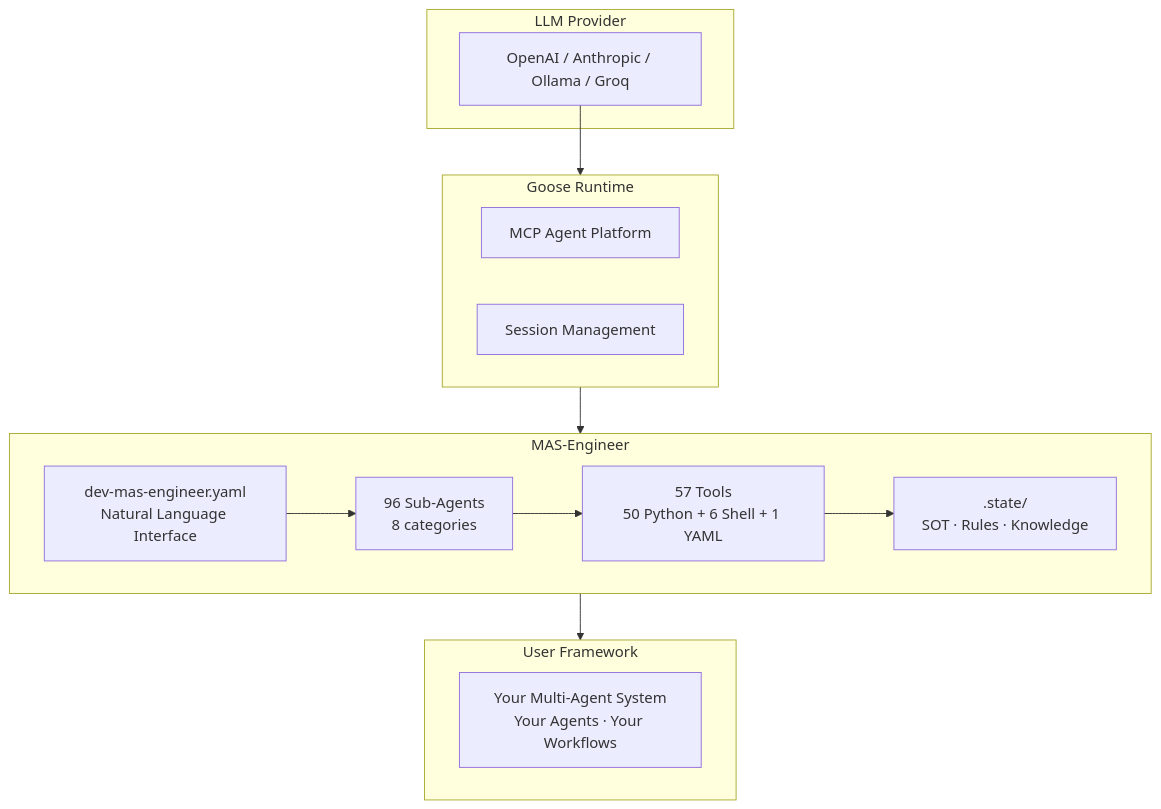
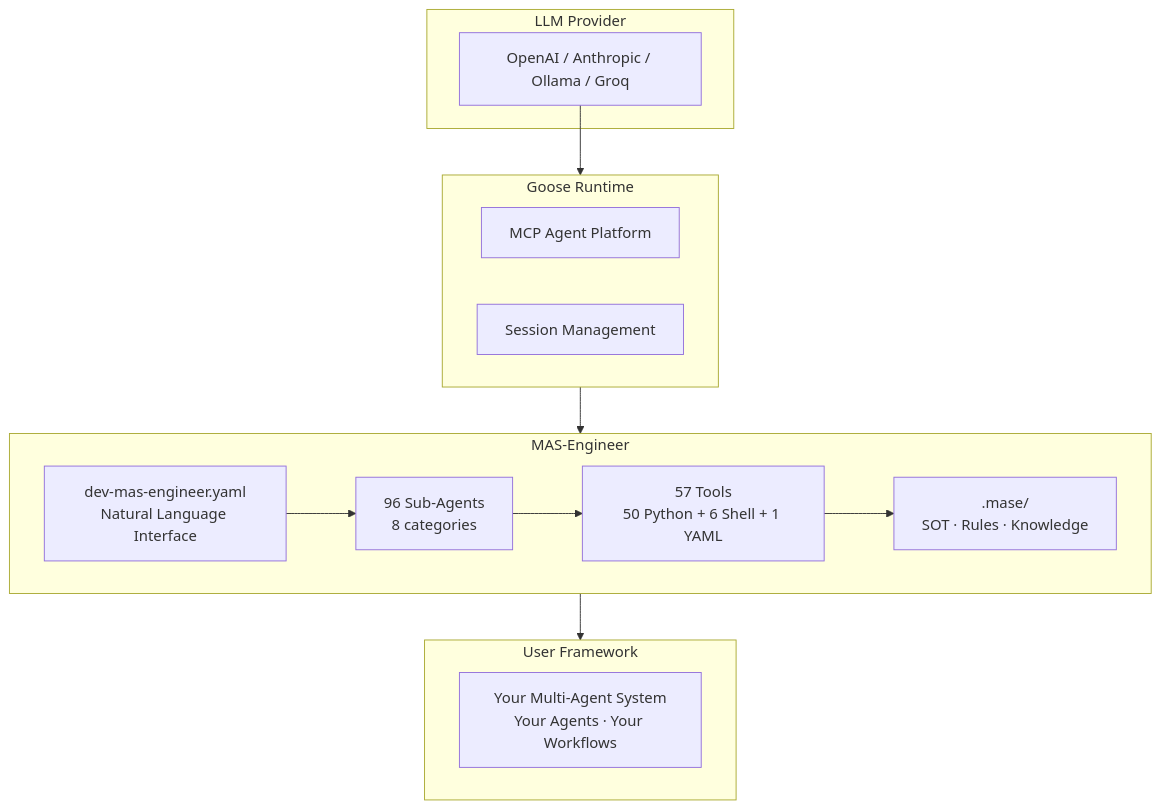
The first of 5 diagrams in docs/architecture.md (mczardybon/mas-engineer), drawn with Mermaid before and after one commit. The commit also changed other lines of this file and 380 other files, not shown here.

````diff
--- a/docs/architecture.md
+++ b/docs/architecture.md
@@ -5,26 +5,26 @@
 ```mermaid
 flowchart TB
     subgraph LLM["LLM Provider"]
         L1["OpenAI / Anthropic / Ollama / Groq"]
     end
     subgraph GOOSE["Goose Runtime"]
         G1["MCP Agent Platform"]
         G2["Session Management"]
     end
     subgraph ENGINEER["MAS-Engineer"]
         E1["dev-mas-engineer.yaml\nNatural Language Interface"]
         E2["96 Sub-Agents\n8 categories"]
         E3["57 Tools\n50 Python + 6 Shell + 1 YAML"]
-        E4[".state/\nSOT · Rules · Knowledge"]
+        E4[".mase/\nSOT · Rules · Knowledge"]
     end
     subgraph USER["User Framework"]
         U1["Your Multi-Agent System\nYour Agents · Your Workflows"]
     end
 
     L1 --> GOOSE
     GOOSE --> ENGINEER
     ENGINEER --> USER
     E1 --> E2
     E2 --> E3
     E3 --> E4
 ```
````
